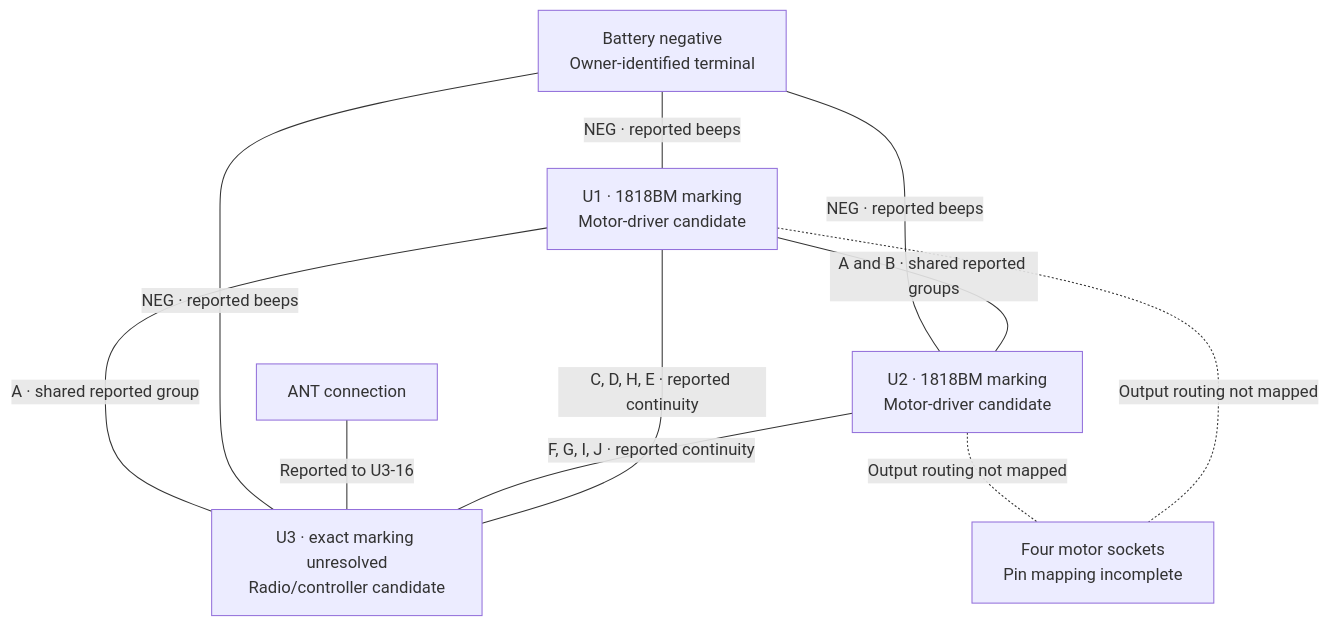
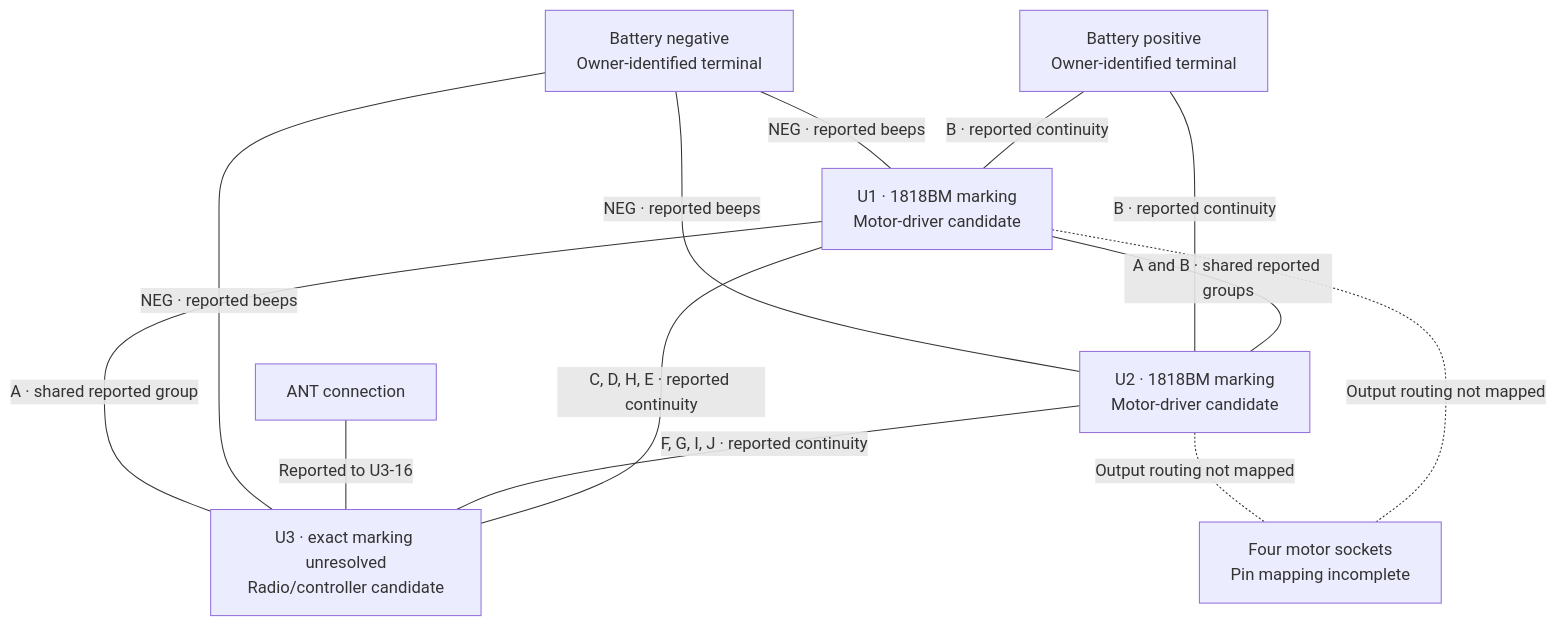
The first of 3 diagrams in docs/architecture.md (Liliwqt/jg-21264r-reverse-engineering), drawn with Mermaid before and after one commit. The commit also changed 9 other files, not shown here.

Commit message:
docs: record additional battery terminal continuity

````diff
--- a/docs/architecture.md
+++ b/docs/architecture.md
@@ -11,19 +11,22 @@
 ```mermaid
 flowchart TB
     U1["U1 · 1818BM marking\nMotor-driver candidate"]
     U2["U2 · 1818BM marking\nMotor-driver candidate"]
     U3["U3 · exact marking unresolved\nRadio/controller candidate"]
     ANT["ANT connection"]
+    POS["Battery positive\nOwner-identified terminal"]
     NEG["Battery negative\nOwner-identified terminal"]
     MOT["Four motor sockets\nPin mapping incomplete"]
     U1 ---|"C, D, H, E · reported continuity"| U3
     U2 ---|"F, G, I, J · reported continuity"| U3
     U1 ---|"A and B · shared reported groups"| U2
     U3 ---|"A · shared reported group"| U1
     ANT ---|"Reported to U3-16"| U3
+    POS ---|"B · reported continuity"| U1
+    POS ---|"B · reported continuity"| U2
     NEG ---|"NEG · reported beeps"| U1
     NEG ---|"NEG · reported beeps"| U2
     NEG ---|"NEG · reported beeps"| U3
     U1 -.-|"Output routing not mapped"| MOT
     U2 -.-|"Output routing not mapped"| MOT
 ```
````
